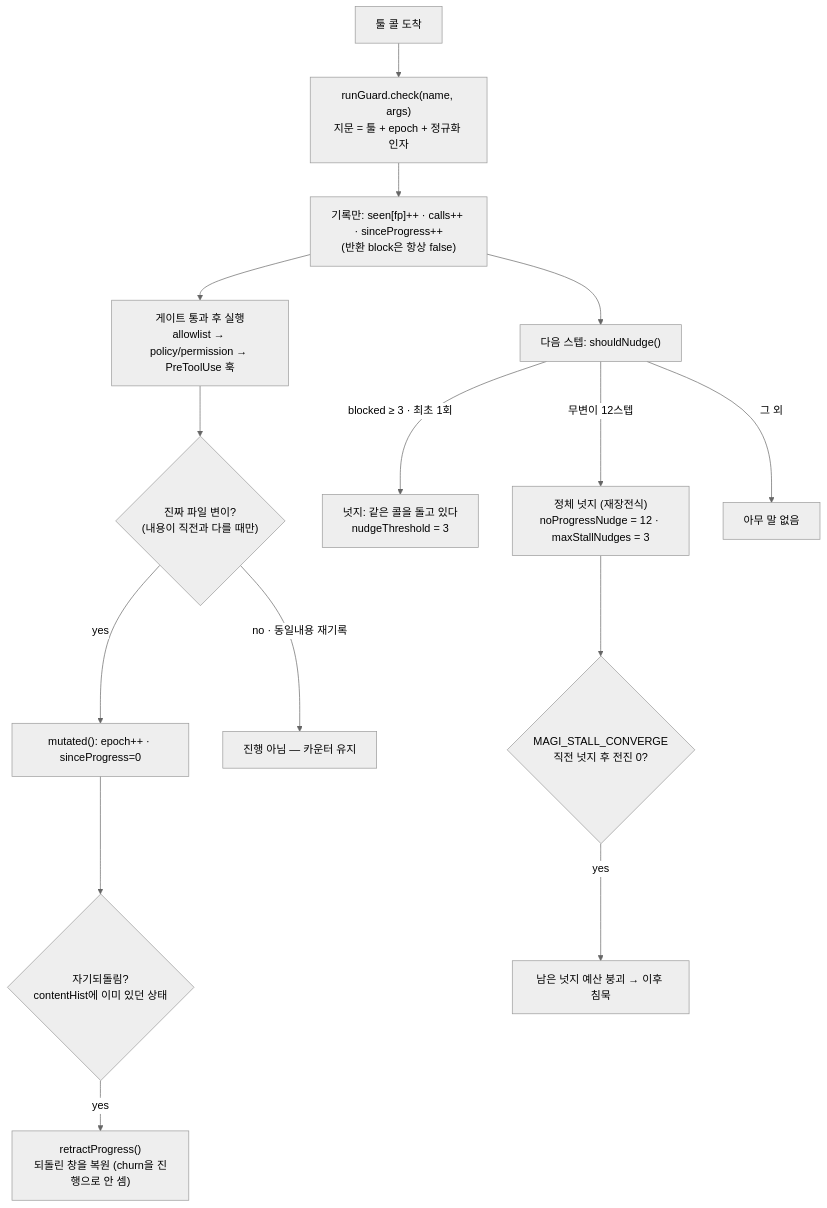
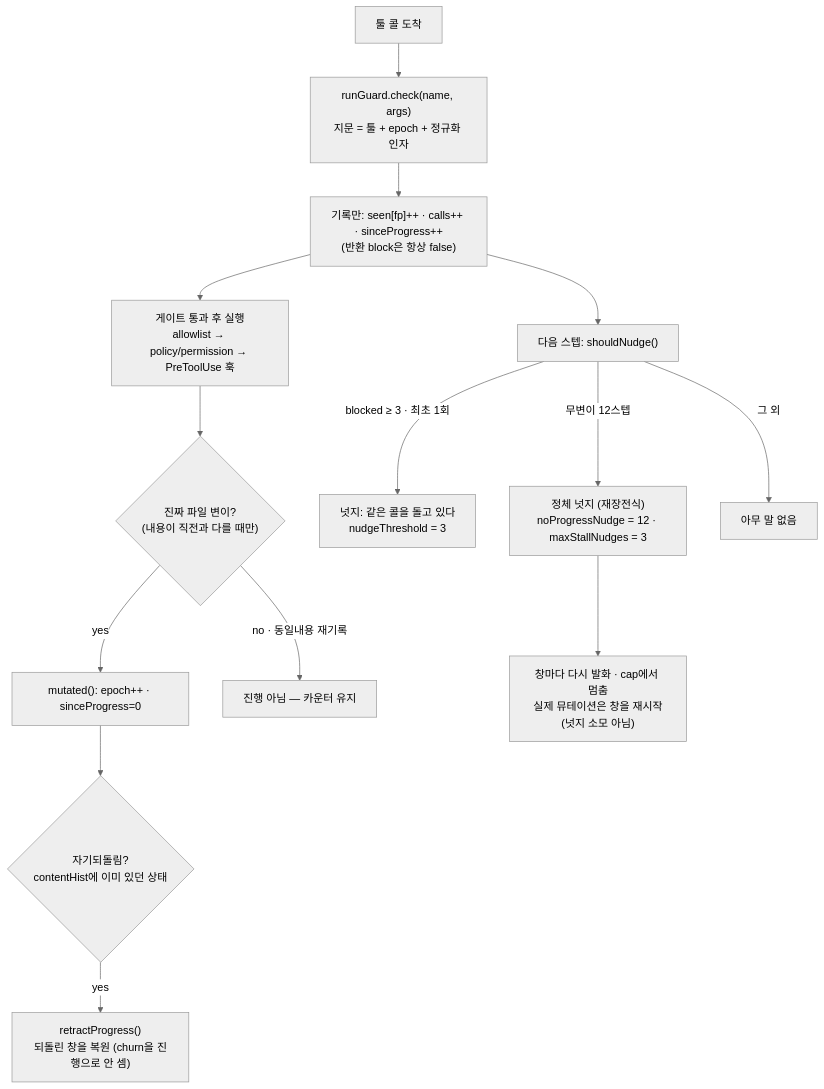
One commit to sayaya1090/magi changed the third of 10 diagrams in docs/DIAGRAMS.md. Above: the diagram before and after it, drawn with Mermaid. The commit also changed other lines of this file and 1 other file, not shown here.

First line of the commit message:
docs: DIAGRAMS still drew the nudge collapse and the guard that guarded nothing

````diff
--- a/docs/DIAGRAMS.md
+++ b/docs/DIAGRAMS.md
@@ -123,19 +124,18 @@
 ```mermaid
 %%{init: {'theme':'neutral','flowchart':{'curve':'basis'}}}%%
 flowchart TD
   C["툴 콜 도착"] --> CH["runGuard.check(name, args)<br/>지문 = 툴 + epoch + 정규화 인자"]
   CH --> REC["기록만: seen[fp]++ · calls++ · sinceProgress++<br/>(반환 block은 항상 false)"]
   REC --> RUN["게이트 통과 후 실행<br/>allowlist → policy/permission → PreToolUse 훅"]
   RUN --> MU{"진짜 파일 변이?<br/>(내용이 직전과 다를 때만)"}
   MU -- "yes" --> RST["mutated(): epoch++ · sinceProgress=0"]
   MU -- "no · 동일내용 재기록" --> NOP["진행 아님 — 카운터 유지"]
   RST --> SR{"자기되돌림?<br/>contentHist에 이미 있던 상태"}
   SR -- "yes" --> RETR["retractProgress()<br/>되돌린 창을 복원 (churn을 진행으로 안 셈)"]
 
   REC --> SN["다음 스텝: shouldNudge()"]
   SN -- "blocked ≥ 3 · 최초 1회" --> NB["넛지: 같은 콜을 돌고 있다<br/>nudgeThreshold = 3"]
   SN -- "무변이 12스텝" --> NS["정체 넛지 (재장전식)<br/>noProgressNudge = 12 · maxStallNudges = 3"]
-  NS --> CV{"MAGI_STALL_CONVERGE<br/>직전 넛지 후 전진 0?"}
-  CV -- "yes" --> COL["남은 넛지 예산 붕괴 → 이후 침묵"]
+  NS --> RE["창마다 다시 발화 · cap에서 멈춤<br/>실제 뮤테이션은 창을 재시작(넛지 소모 아님)"]
   SN -- "그 외" --> Q["아무 말 없음"]
 ```
````
